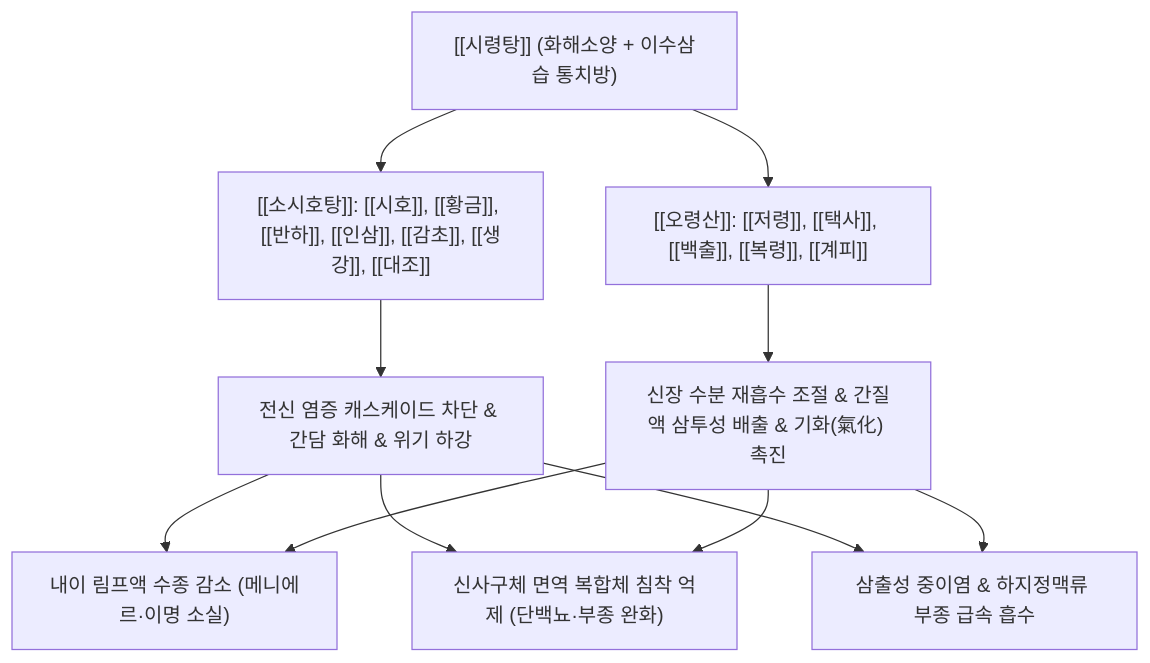
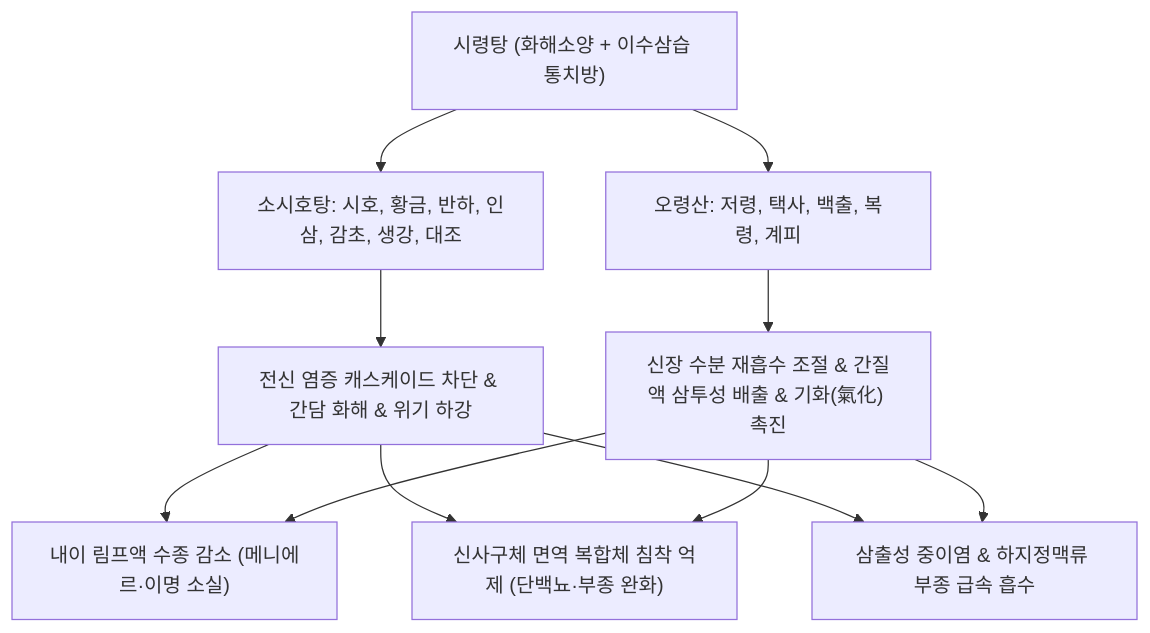
One commit to simbio11/simbio-digital-garden2 changed the diagram in content/2. 약리 공부/처방/03_화담·거습·이수제/시령탕.md. Above: the diagram before and after it, drawn with Mermaid. The commit also changed other lines of this file and 323 other files, not shown here.

````diff
--- a/content/2. 약리 공부/처방/03_화담·거습·이수제/시령탕.md
+++ b/content/2. 약리 공부/처방/03_화담·거습·이수제/시령탕.md
@@ -51,12 +51,12 @@
 ```mermaid
 graph TD
-    A["[[시령탕]] (화해소양 + 이수삼습 통치방)"] --> B["[[소시호탕]]: [[시호]], [[황금]], [[반하]], [[인삼]], [[감초]], [[생강]], [[대조]]"]
-    A --> C["[[오령산]]: [[저령]], [[택사]], [[백출]], [[복령]], [[계피]]"]
+    A["시령탕 (화해소양 + 이수삼습 통치방)"] --> B["소시호탕: 시호, 황금, 반하, 인삼, 감초, 생강, 대조"]
+    A --> C["오령산: 저령, 택사, 백출, 복령, 계피"]
 
     B --> D["전신 염증 캐스케이드 차단 & 간담 화해 & 위기 하강"]
     C --> E["신장 수분 재흡수 조절 & 간질액 삼투성 배출 & 기화(氣化) 촉진"]
 
     D & E --> F["내이 림프액 수종 감소 (메니에르·이명 소실)"]
     D & E --> G["신사구체 면역 복합체 침착 억제 (단백뇨·부종 완화)"]
     D & E --> H["삼출성 중이염 & 하지정맥류 부종 급속 흡수"]
 ```
````
